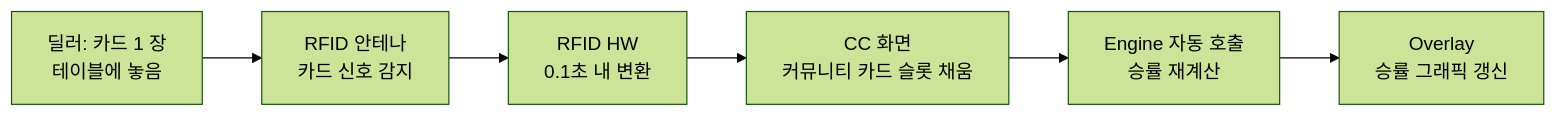
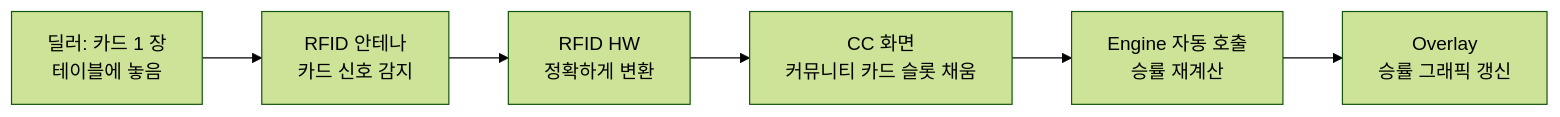
One commit to garimto81/ebs_github changed the second of 4 diagrams in docs/1. Product/Command_Center_PRD.md. Above: the diagram before and after it, drawn with Mermaid (forest theme). The commit also changed other lines of this file and 12 other files, not shown here.

````diff
--- a/docs/1. Product/Command_Center_PRD.md
+++ b/docs/1. Product/Command_Center_PRD.md
@@ -191,8 +191,8 @@
 ```mermaid
 flowchart LR
     A["딜러: 카드 1 장<br/>테이블에 놓음"] --> B["RFID 안테나<br/>카드 신호 감지"]
-    B --> C["RFID HW<br/>0.1초 내 변환"]
+    B --> C["RFID HW<br/>정확하게 변환"]
     C --> D["CC 화면<br/>커뮤니티 카드 슬롯 채움"]
     D --> E["Engine 자동 호출<br/>승률 재계산"]
     E --> F["Overlay<br/>승률 그래픽 갱신"]
 ```
````
